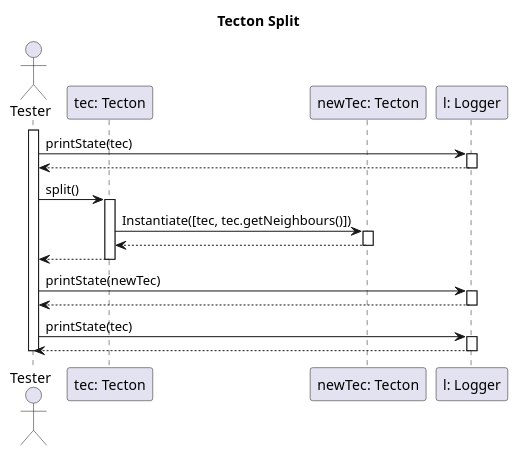
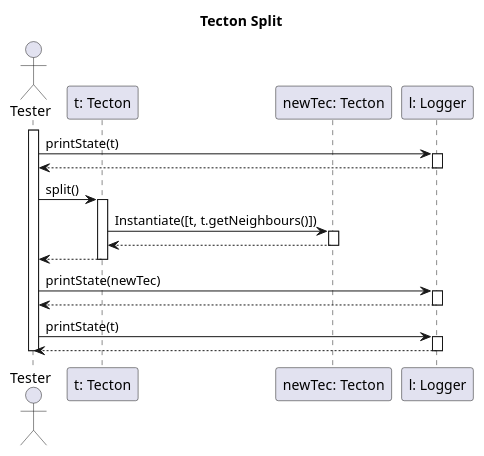
The diagram in diagrams/test-sequence/tectonSplit.puml (dzsem/projlab), drawn with PlantUML before and after one commit. The commit also changed 12 other files, not shown here.

```diff
--- a/diagrams/test-sequence/tectonSplit.puml
+++ b/diagrams/test-sequence/tectonSplit.puml
@@ -1,42 +1,42 @@
 @startuml tectonSplitTest
 
 title Tecton Split
 
 actor "Tester" as tst
-participant "tec: Tecton" as tec
+participant "t: Tecton" as t
 participant "newTec: Tecton" as ntec
 participant "l: Logger" as l
 
 activate tst
 
-tst -> l: printState(tec)
+tst -> l: printState(t)
 activate l
 tst <-- l
 deactivate l
 
-tst -> tec: split()
-activate tec
+tst -> t: split()
+activate t
 
 ' ez nemtom így mennyire jó, de nincs jobb ötletem és leszarom XD
-tec -> ntec: Instantiate([tec, tec.getNeighbours()])
+t -> ntec: Instantiate([t, t.getNeighbours()])
 activate ntec
 
-tec <-- ntec:
+t <-- ntec:
 deactivate ntec
 
-tst <-- tec:
-deactivate tec
+tst <-- t:
+deactivate t
 
 tst -> l: printState(newTec)
 activate l
 tst <-- l
 deactivate l
 
-tst -> l: printState(tec)
+tst -> l: printState(t)
 activate l
 tst <-- l
 deactivate l
 
 deactivate tst
 
 @enduml
```
